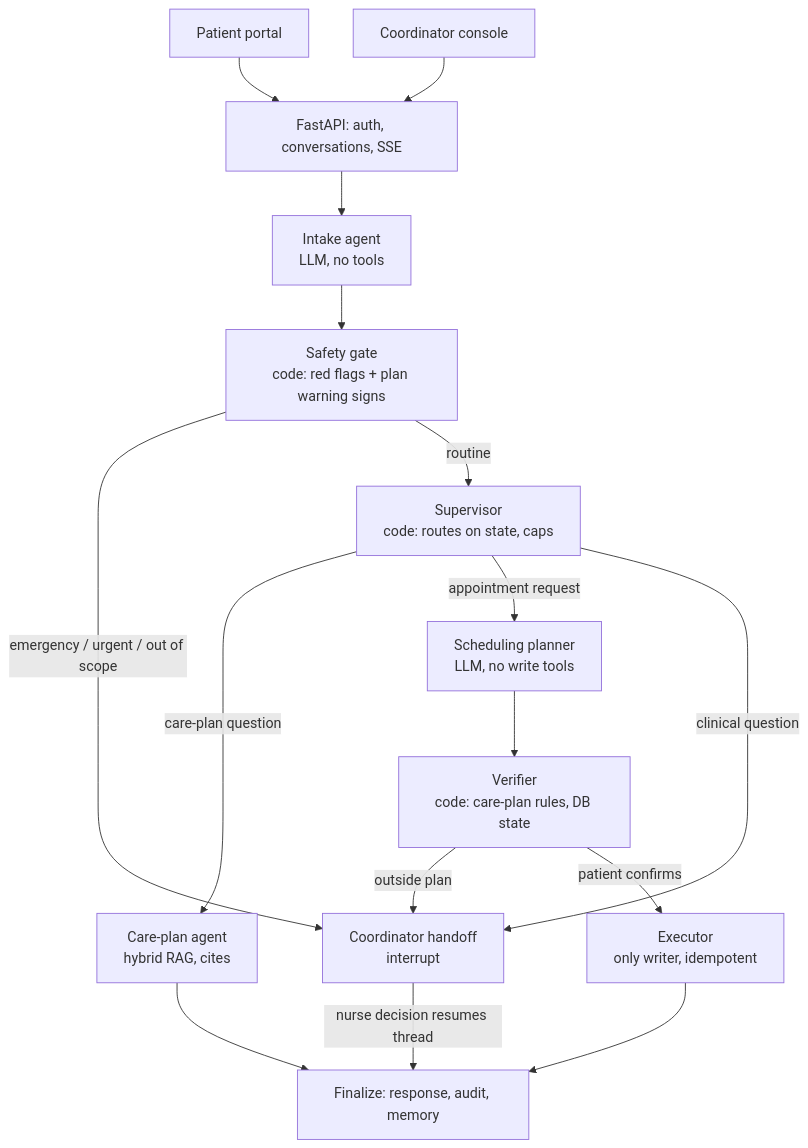
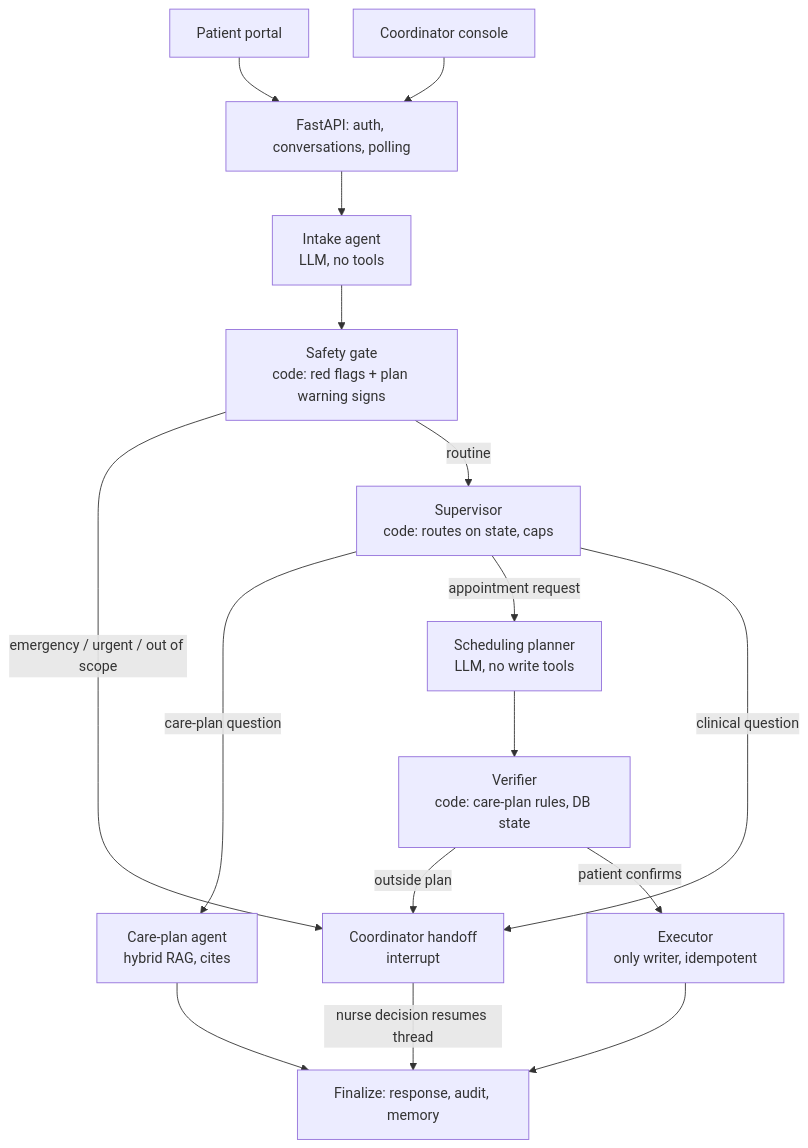
One commit to saideepaksana/careflow changed the diagram in docs/architecture.md. Above: the diagram before and after it, drawn with Mermaid. The commit also changed 15 other files, not shown here.

````diff
--- a/docs/architecture.md
+++ b/docs/architecture.md
@@ -7,18 +7,18 @@
 ```mermaid
 flowchart TD
-    P[Patient portal] --> API[FastAPI: auth, conversations, SSE]
+    P[Patient portal] --> API[FastAPI: auth, conversations, polling]
     C[Coordinator console] --> API
     API --> I[Intake agent<br/>LLM, no tools]
     I --> G[Safety gate<br/>code: red flags + plan warning signs]
     G -->|emergency / urgent / out of scope| H[Coordinator handoff<br/>interrupt]
     G -->|routine| S[Supervisor<br/>code: routes on state, caps]
     S -->|care-plan question| K[Care-plan agent<br/>hybrid RAG, cites]
     S -->|appointment request| SP[Scheduling planner<br/>LLM, no write tools]
     S -->|clinical question| H
     SP --> V[Verifier<br/>code: care-plan rules, DB state]
     V -->|outside plan| H
     V -->|patient confirms| E[Executor<br/>only writer, idempotent]
     K --> F[Finalize: response, audit, memory]
     E --> F
     H -->|nurse decision resumes thread| F
 ```
````
